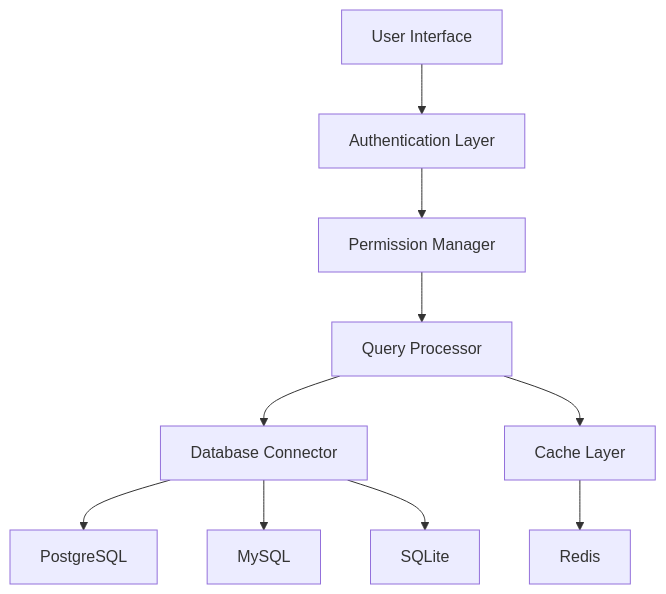
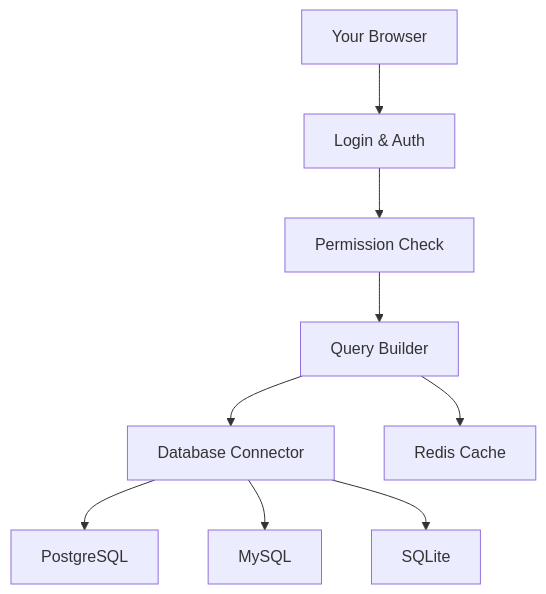
The diagram in README.md (Ayanleaideed/Natural-Language-to-SQL), drawn with Mermaid before and after one commit. The commit also changed other lines of this file, not shown here.

````diff
--- a/README.md
+++ b/README.md
@@ -44,12 +45,11 @@
 ```mermaid
 graph TD
-    A[User Interface] --> B[Authentication Layer]
-    B --> C[Permission Manager]
-    C --> D[Query Processor]
+    A[Your Browser] --> B[Login & Auth]
+    B --> C[Permission Check]
+    C --> D[Query Builder]
     D --> E[Database Connector]
     E --> F1[PostgreSQL]
     E --> F2[MySQL]
     E --> F3[SQLite]
-    D --> G[Cache Layer]
-    G --> H[Redis]
+    D --> G[Redis Cache]
 ```
````
